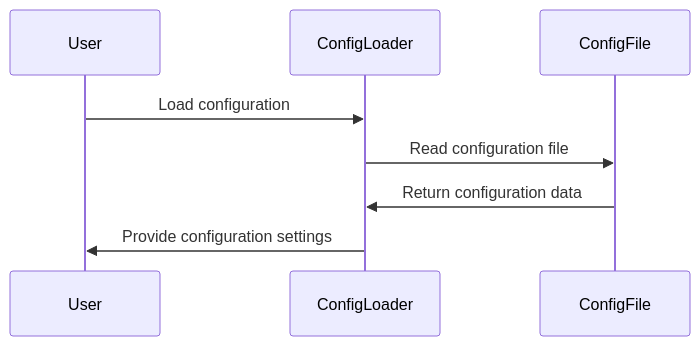
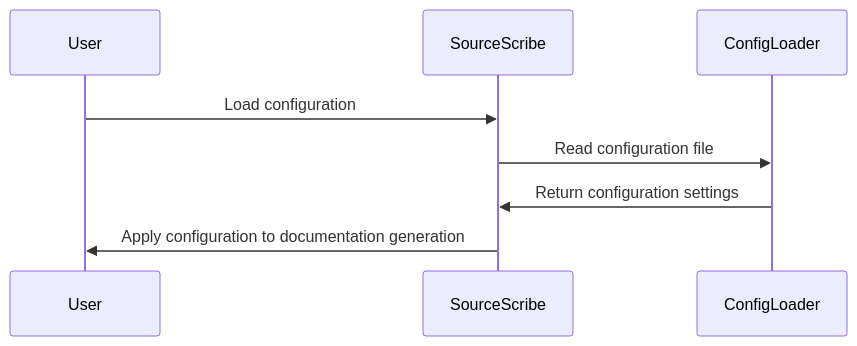
One commit to Source-Scribe/sourcescribe-core changed the fifth of 6 diagrams in website/docs/api-reference/features/index.md. Above: the diagram before and after it, drawn with Mermaid. The commit also changed other lines of this file and 2 other files, not shown here.

````diff
--- a/website/docs/api-reference/features/index.md
+++ b/website/docs/api-reference/features/index.md
@@ -181,11 +187,11 @@
 ```mermaid
 sequenceDiagram
     participant User
+    participant SourceScribe
     participant ConfigLoader
-    participant ConfigFile
 
-    User->>ConfigLoader: Load configuration
-    ConfigLoader->>ConfigFile: Read configuration file
-    ConfigFile->>ConfigLoader: Return configuration data
-    ConfigLoader->>User: Provide configuration settings
+    User->>SourceScribe: Load configuration
+    SourceScribe->>ConfigLoader: Read configuration file
+    ConfigLoader->>SourceScribe: Return configuration settings
+    SourceScribe->>User: Apply configuration to documentation generation
 ```
````
